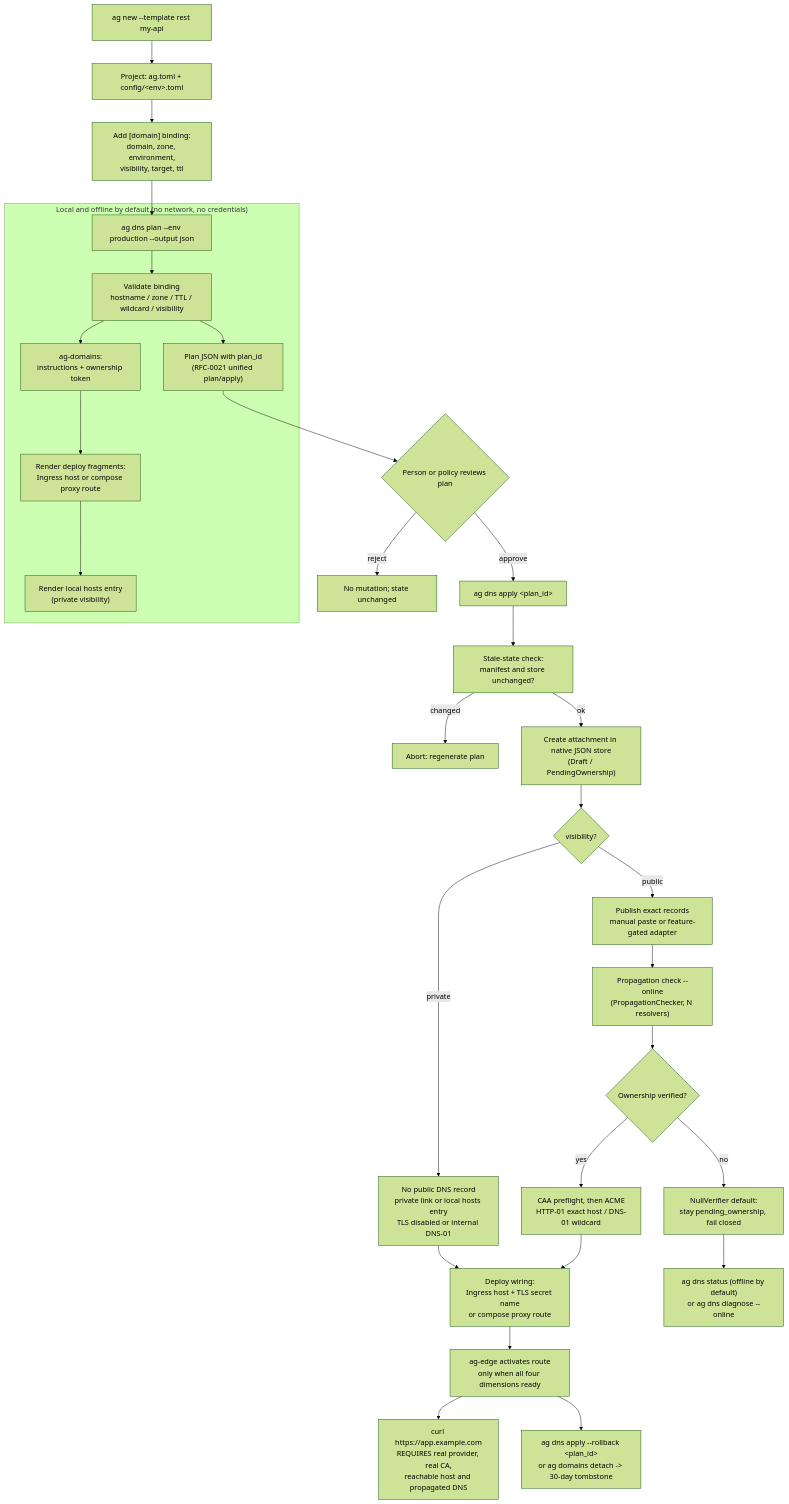
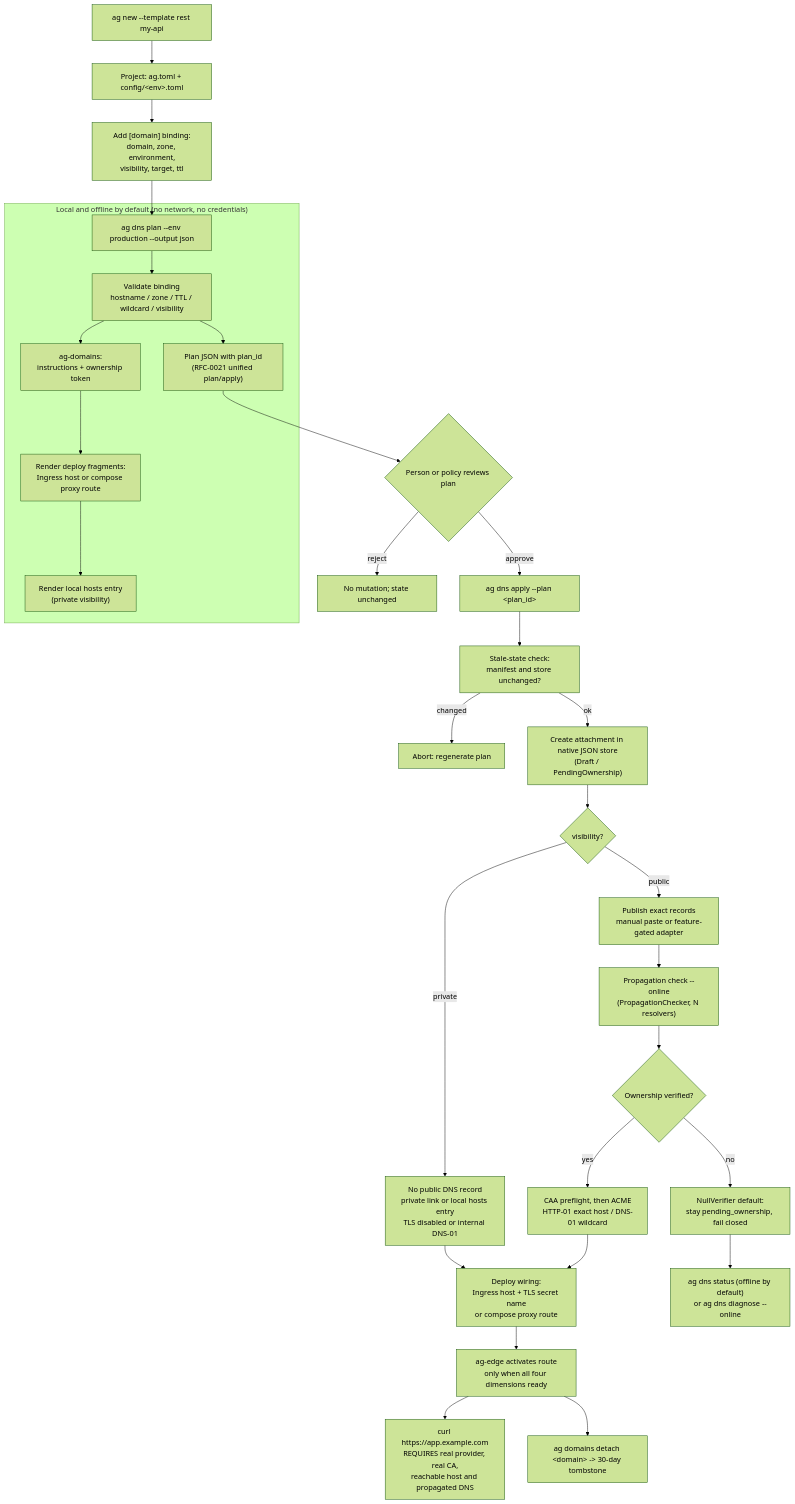
The diagram in docs/dns/DOMAIN_LOOP.md (Anti-Gravital/Anti-Gravital), drawn with Mermaid (forest theme) before and after one commit. The commit also changed other lines of this file and 3 other files, not shown here.

Commit message:
fix(cli): repair dns help, JSON refusal list and domain guide (Closes #200, #201, #202)

````diff
--- a/docs/dns/DOMAIN_LOOP.md
+++ b/docs/dns/DOMAIN_LOOP.md
@@ -24,40 +24,40 @@
 ```mermaid
 flowchart TD
     A["ag new --template rest my-api"] --> B["Project: ag.toml + config/&lt;env&gt;.toml"]
     B --> C["Add [domain] binding:<br/>domain, zone, environment,<br/>visibility, target, ttl"]
     C --> D
 
     subgraph OFFLINE["Local and offline by default (no network, no credentials)"]
         D["ag dns plan --env production --output json"] --> E["Validate binding<br/>hostname / zone / TTL / wildcard / visibility"]
         E --> F["ag-domains:<br/>instructions + ownership token"]
         F --> G["Render deploy fragments:<br/>Ingress host or compose proxy route"]
         G --> H["Render local hosts entry<br/>(private visibility)"]
         E --> I["Plan JSON with plan_id<br/>(RFC-0021 unified plan/apply)"]
     end
 
     I --> J{"Person or policy reviews plan"}
     J -->|reject| K["No mutation; state unchanged"]
-    J -->|approve| L["ag dns apply &lt;plan_id&gt;"]
+    J -->|approve| L["ag dns apply --plan &lt;plan_id&gt;"]
 
     L --> M["Stale-state check:<br/>manifest and store unchanged?"]
     M -->|changed| N["Abort: regenerate plan"]
     M -->|ok| O["Create attachment in native JSON store<br/>(Draft / PendingOwnership)"]
 
     O --> P{"visibility?"}
     P -->|private| Q["No public DNS record<br/>private link or local hosts entry<br/>TLS disabled or internal DNS-01"]
     P -->|public| R["Publish exact records<br/>manual paste or feature-gated adapter"]
 
     R --> S["Propagation check --online<br/>(PropagationChecker, N resolvers)"]
     S --> T{"Ownership verified?"}
     T -->|no| U["NullVerifier default:<br/>stay pending_ownership, fail closed"]
     T -->|yes| V["CAA preflight, then ACME<br/>HTTP-01 exact host / DNS-01 wildcard"]
 
     V --> W["Deploy wiring:<br/>Ingress host + TLS secret name<br/>or compose proxy route"]
     Q --> W
     W --> X["ag-edge activates route<br/>only when all four dimensions ready"]
 
     X --> Y["curl https://app.example.com<br/>REQUIRES real provider, real CA,<br/>reachable host and propagated DNS"]
     U --> Z["ag dns status (offline by default)<br/>or ag dns diagnose --online"]
 
-    X --> RB["ag dns apply --rollback &lt;plan_id&gt;<br/>or ag domains detach -> 30-day tombstone"]
+    X --> RB["ag domains detach &lt;domain&gt; -> 30-day tombstone"]
 ```
````
